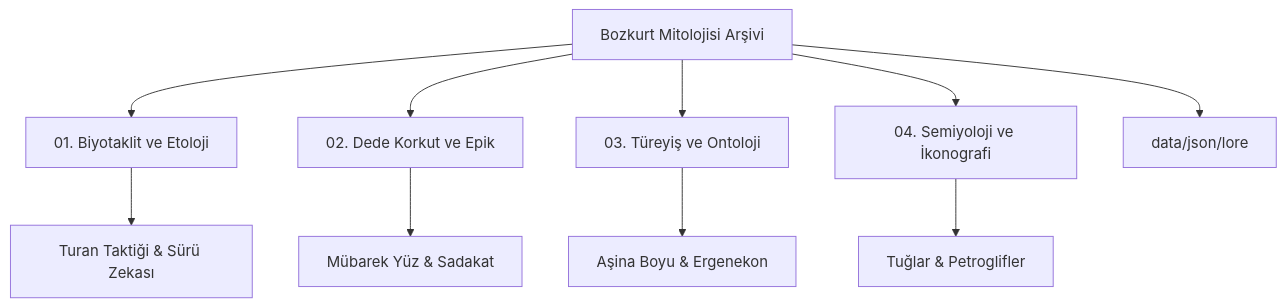
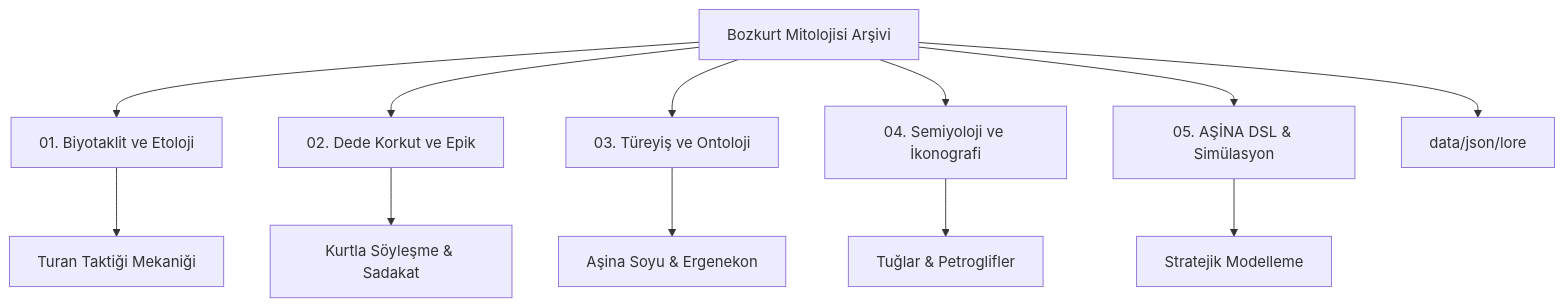
One commit to arch-yunus/BORI-LOGIC changed the diagram in README.md. Above: the diagram before and after it, drawn with Mermaid. The commit also changed other lines of this file, not shown here.

````diff
--- a/README.md
+++ b/README.md
@@ -34,13 +32,15 @@
 ```mermaid
 graph TD
     Root[Bozkurt Mitolojisi Arşivi] --> Dir1[01. Biyotaklit ve Etoloji]
     Root --> Dir2[02. Dede Korkut ve Epik]
     Root --> Dir3[03. Türeyiş ve Ontoloji]
     Root --> Dir4[04. Semiyoloji ve İkonografi]
+    Root --> Dir5[05. AŞİNA DSL & Simülasyon]
     Root --> Data[data/json/lore]
     
-    Dir1 --> Sub1[Turan Taktiği & Sürü Zekası]
-    Dir2 --> Sub2[Mübarek Yüz & Sadakat]
-    Dir3 --> Sub3[Aşina Boyu & Ergenekon]
+    Dir1 --> Sub1[Turan Taktiği Mekaniği]
+    Dir2 --> Sub2[Kurtla Söyleşme & Sadakat]
+    Dir3 --> Sub3[Aşina Soyu & Ergenekon]
     Dir4 --> Sub4[Tuğlar & Petroglifler]
+    Dir5 --> Sub5[Stratejik Modelleme]
 ```
````
